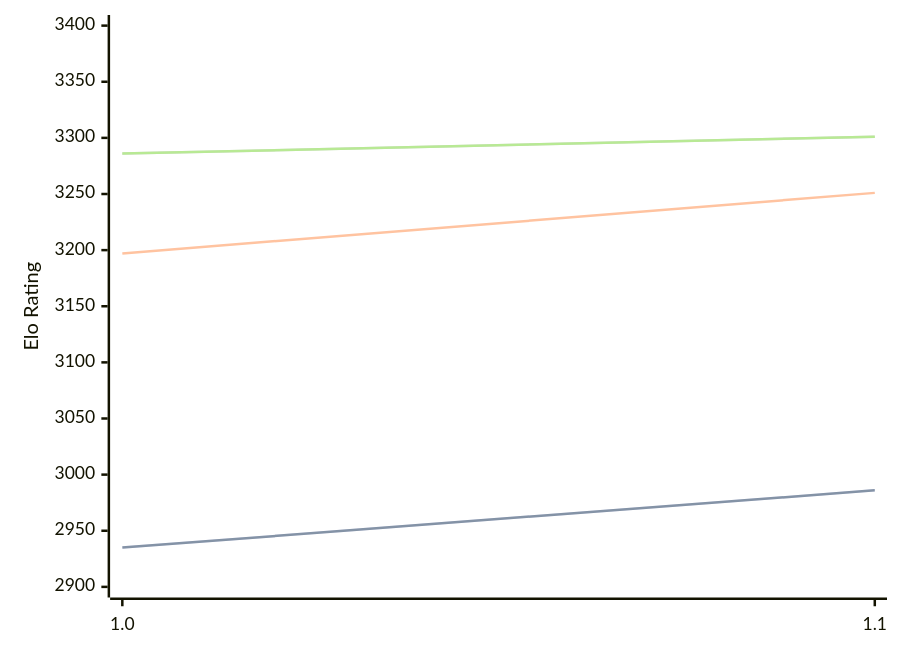
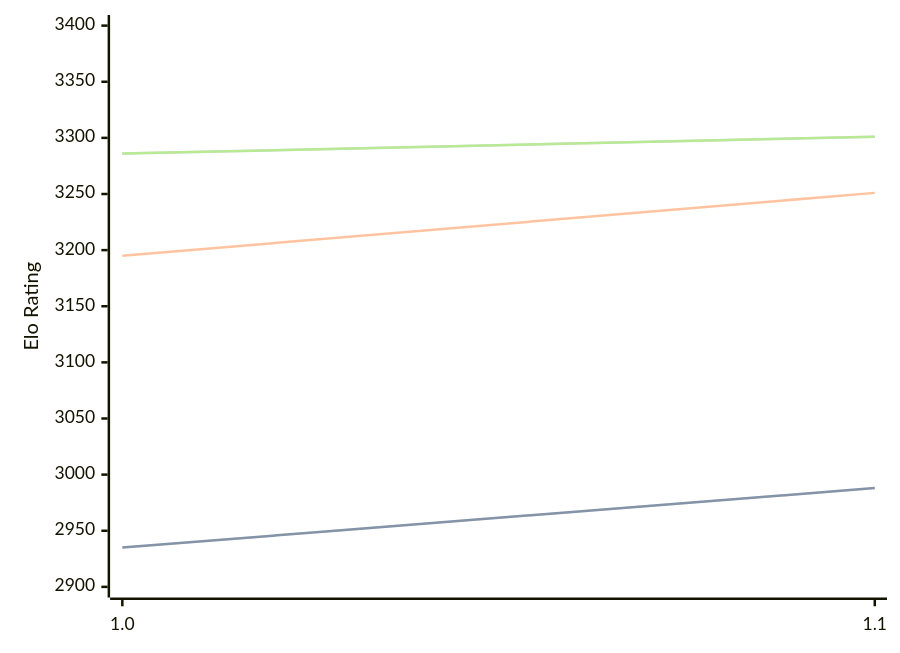
One commit to computer-chess-index/cci changed the diagram in engines/RodentV.md. Above: the diagram before and after it, drawn with Mermaid. The commit also changed other lines of this file, not shown here.

````diff
--- a/engines/RodentV.md
+++ b/engines/RodentV.md
@@ -33,11 +33,11 @@
 ```mermaid
 %%{init: {"theme":"base","themeVariables":{"seriesColors:['#a3a3a3','#222221','#faa371']}}}%%
 xychart-beta
   x-axis ["1.0", "1.1"]
   y-axis "Elo Rating" 2900 --> 3400
-  line "" [2935, 2986]
-  line "STC (8.0+0.08s)" [2935, 2986]
-  line "LTC (60.0+0.60s)" [3197, 3251]
+  line "" [2935, 2988]
+  line "STC (8.0+0.08s)" [2935, 2988]
+  line "LTC (60.0+0.60s)" [3195, 3251]
   line "" [3286, 3301]
   line "VLTC (2m24s+1.12s)" [3286, 3301]
 ```
````
